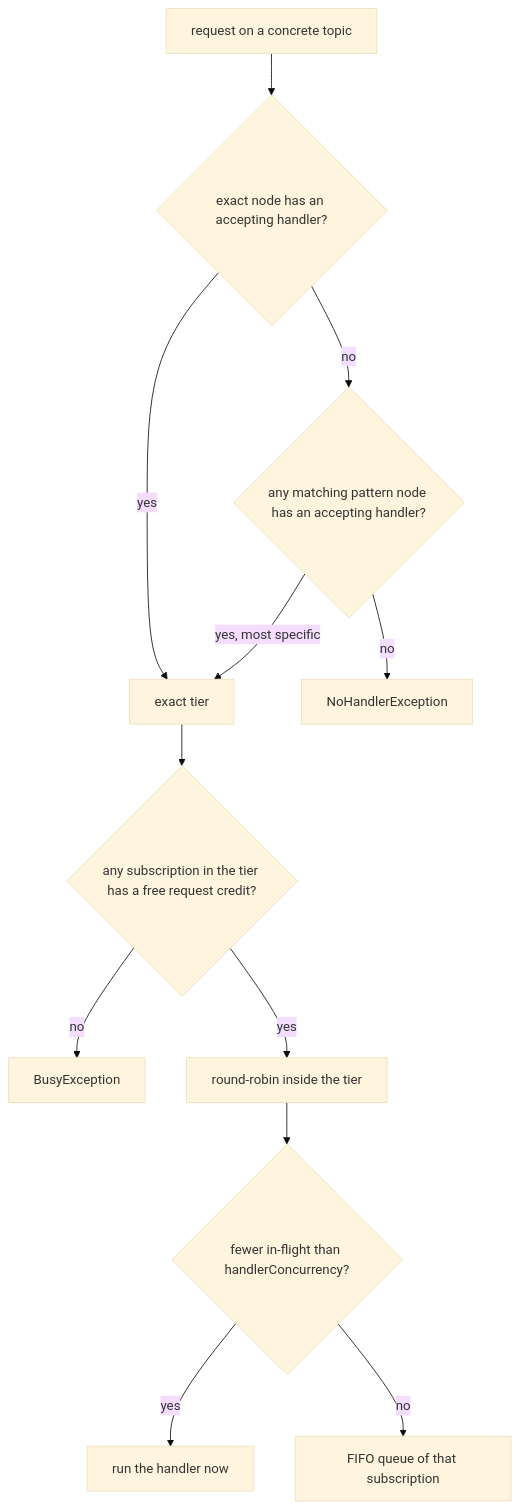
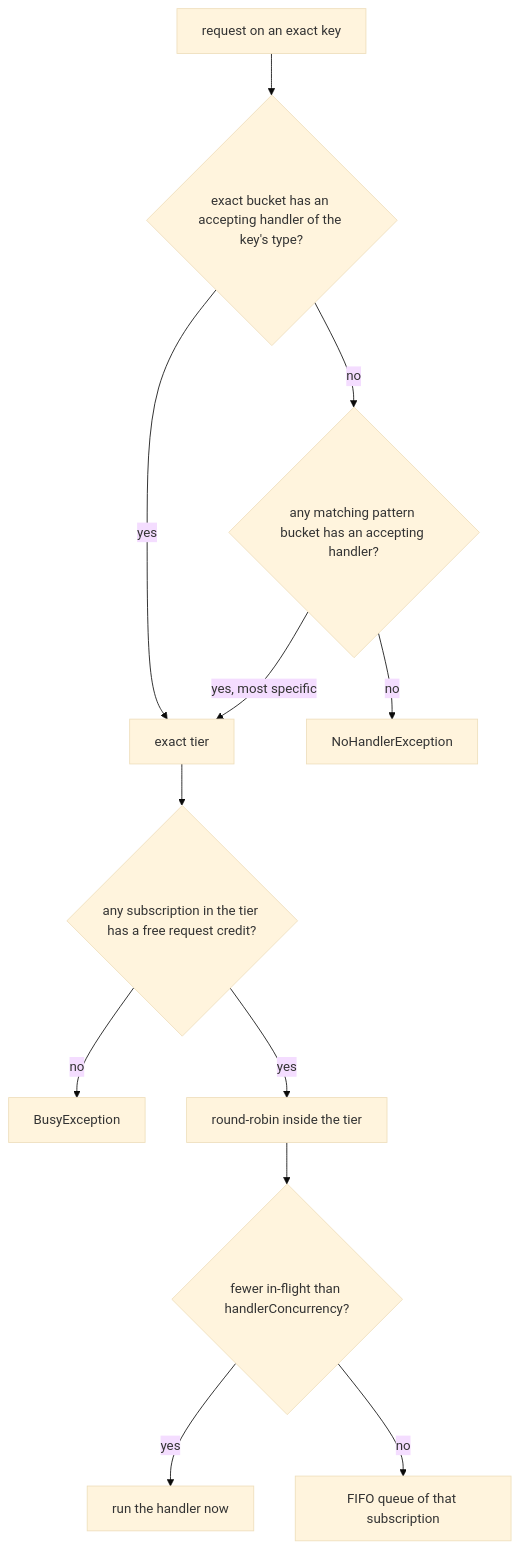
One commit to Avataromvatar/event_bus_arch changed the third of 4 diagrams in doc/01-architecture.md. Above: the diagram before and after it, drawn with Mermaid (base theme). The commit also changed other lines of this file and 80 other files, not shown here.

````diff
--- a/doc/01-architecture.md
+++ b/doc/01-architecture.md
@@ -279,14 +302,14 @@
 ```mermaid
 flowchart TD
-    A[request on a concrete topic] --> B{exact node has an accepting handler?}
+    A[request on an exact key] --> B{exact bucket has an accepting handler of the key's type?}
     B -- yes --> T[exact tier]
-    B -- no --> C{any matching pattern node has an accepting handler?}
+    B -- no --> C{any matching pattern bucket has an accepting handler?}
     C -- yes, most specific --> T
     C -- no --> N[NoHandlerException]
     T --> D{any subscription in the tier has a free request credit?}
     D -- no --> BUSY[BusyException]
     D -- yes --> E[round-robin inside the tier]
     E --> F{fewer in-flight than handlerConcurrency?}
     F -- yes --> G[run the handler now]
     F -- no --> H[FIFO queue of that subscription]
 ```
````
